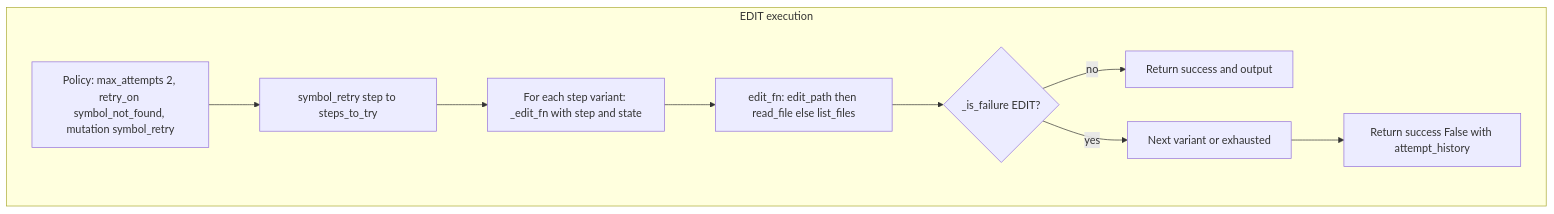
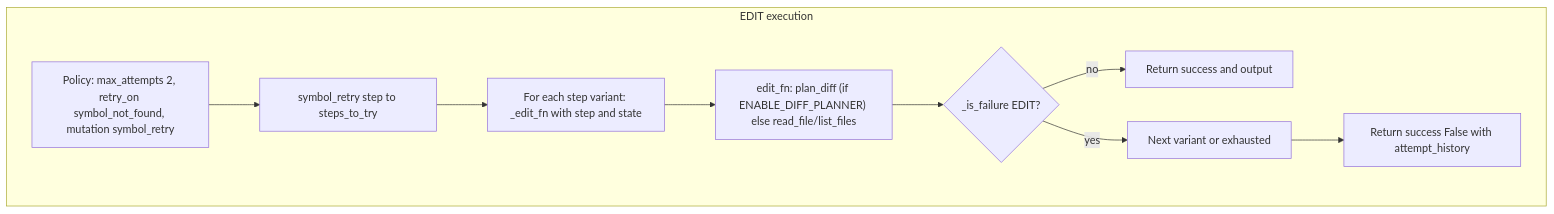
The fifth of 9 diagrams in Docs/AGENT_LOOP_WORKFLOW.md (Pugsy-Explores/AutoStudio), drawn with Mermaid before and after one commit. The commit also changed other lines of this file and 84 other files, not shown here.

First line of the commit message:
feat: symbol graph, agent controller, retrieval expansion, docs

````diff
--- a/Docs/AGENT_LOOP_WORKFLOW.md
+++ b/Docs/AGENT_LOOP_WORKFLOW.md
@@ -134,13 +146,13 @@
 ```mermaid
 flowchart TB
     subgraph EDIT["EDIT execution"]
         E1["Policy: max_attempts 2, retry_on symbol_not_found, mutation symbol_retry"]
         E1 --> E2["symbol_retry step to steps_to_try"]
         E2 --> E3["For each step variant: _edit_fn with step and state"]
-        E3 --> E4["edit_fn: edit_path then read_file else list_files"]
+        E3 --> E4["edit_fn: plan_diff (if ENABLE_DIFF_PLANNER) else read_file/list_files"]
         E4 --> E5{"_is_failure EDIT?"}
         E5 -->|no| E6["Return success and output"]
         E5 -->|yes| E7["Next variant or exhausted"]
         E7 --> E8["Return success False with attempt_history"]
     end
 ```
````
